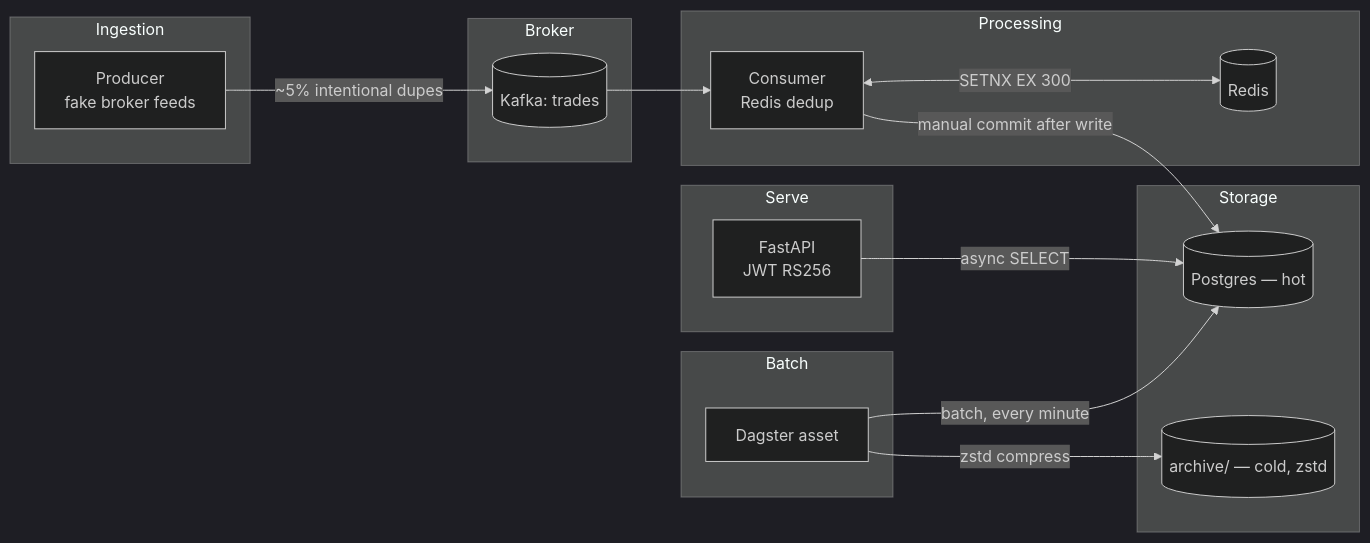
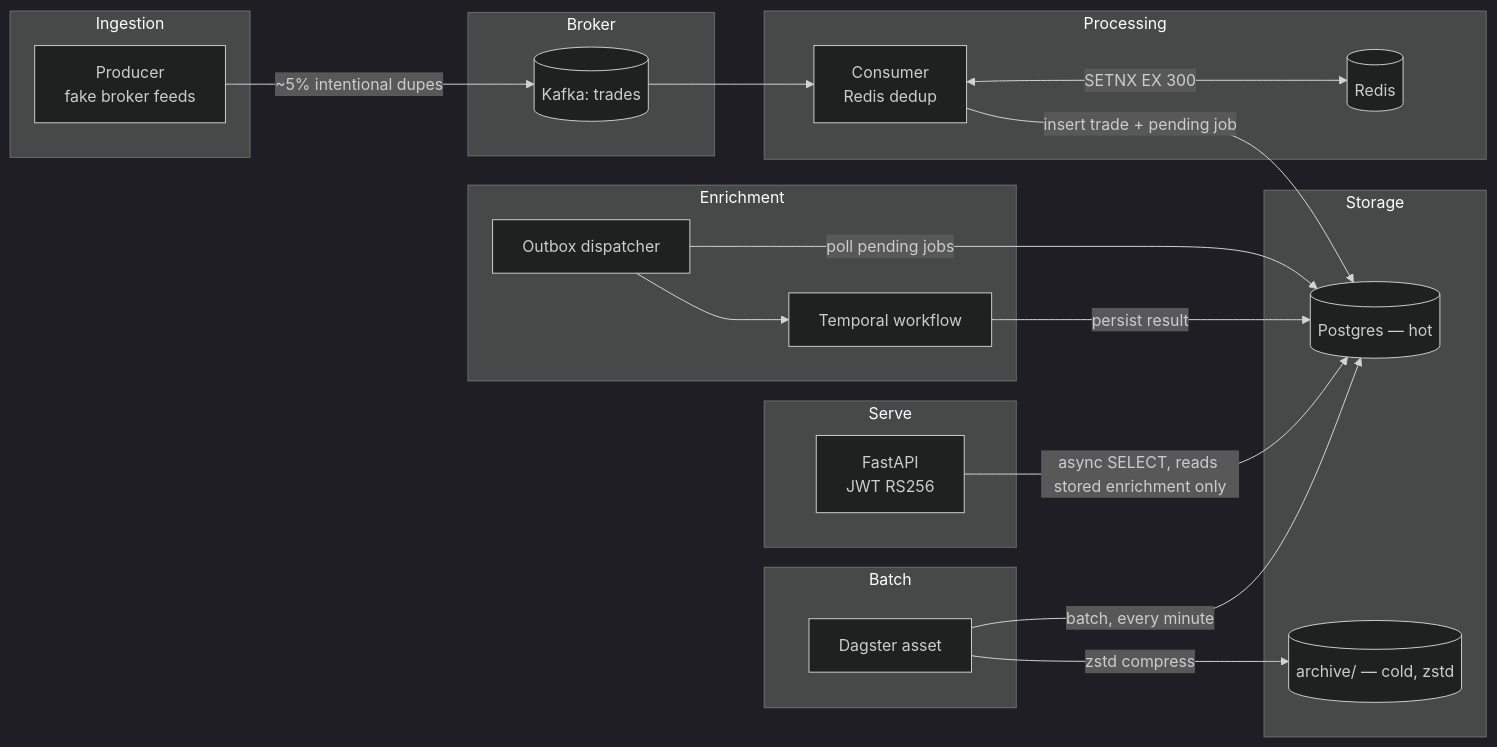
Before and after one commit to rajubhimani/trade-pipeline: the diagram in trade-pipeline/README.md, drawn with Mermaid (dark theme). The commit also changed 6 other files, not shown here.

First line of the commit message:
docs: fix stale architecture diagrams and remaining factual drift

````diff
--- a/trade-pipeline/README.md
+++ b/trade-pipeline/README.md
@@ -21,30 +21,37 @@
 ```mermaid
 flowchart LR
     subgraph Ingestion
         P[Producer<br/>fake broker feeds]
     end
     subgraph Broker
         K[(Kafka: trades)]
     end
     subgraph Processing
         C[Consumer<br/>Redis dedup]
         R[(Redis)]
     end
     subgraph Storage
         PG[(Postgres — hot)]
         ARC[(archive/ — cold, zstd)]
     end
     subgraph Serve
         API[FastAPI<br/>JWT RS256]
     end
+    subgraph Enrichment
+        OB[Outbox dispatcher]
+        TW[Temporal workflow]
+    end
     subgraph Batch
         DAG[Dagster asset]
     end
 
     P -->|~5% intentional dupes| K --> C
     C <-->|SETNX EX 300| R
-    C -->|manual commit after write| PG
-    API -->|async SELECT| PG
+    C -->|insert trade + pending job| PG
+    OB -->|poll pending jobs| PG
+    OB --> TW
+    TW -->|persist result| PG
+    API -->|async SELECT, reads stored enrichment only| PG
     DAG -->|batch, every minute| PG
     DAG -->|zstd compress| ARC
 ```
````
